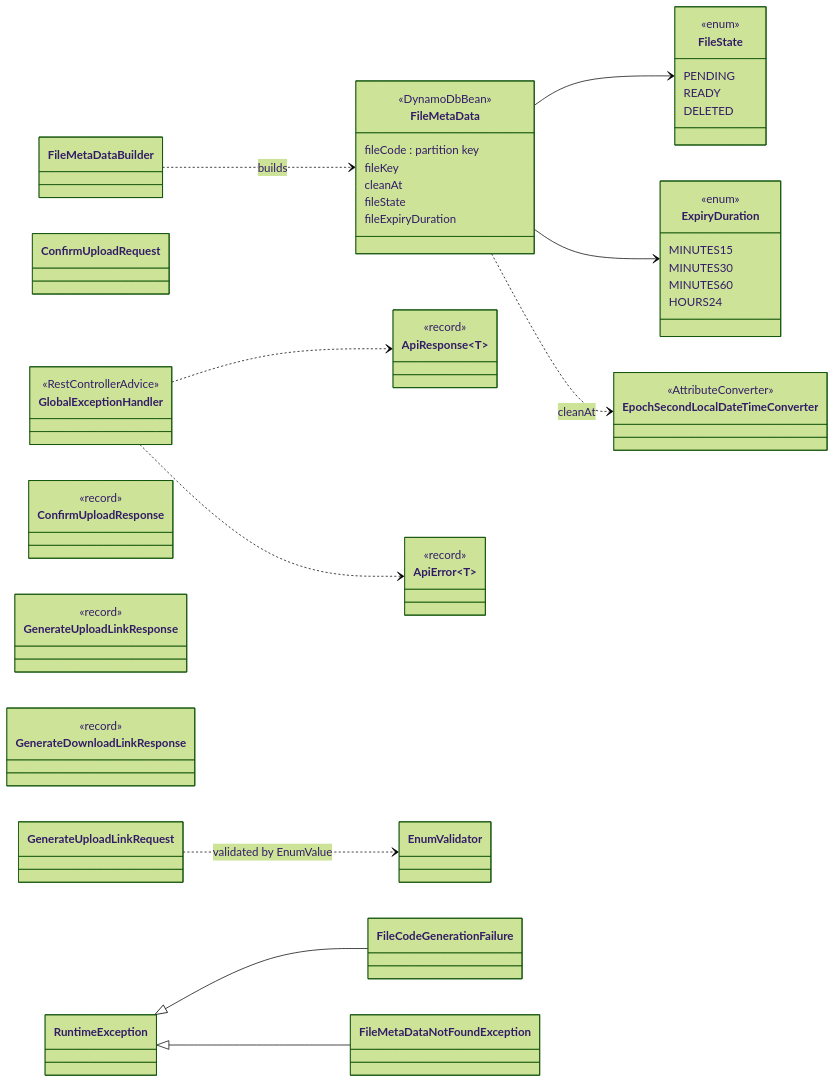
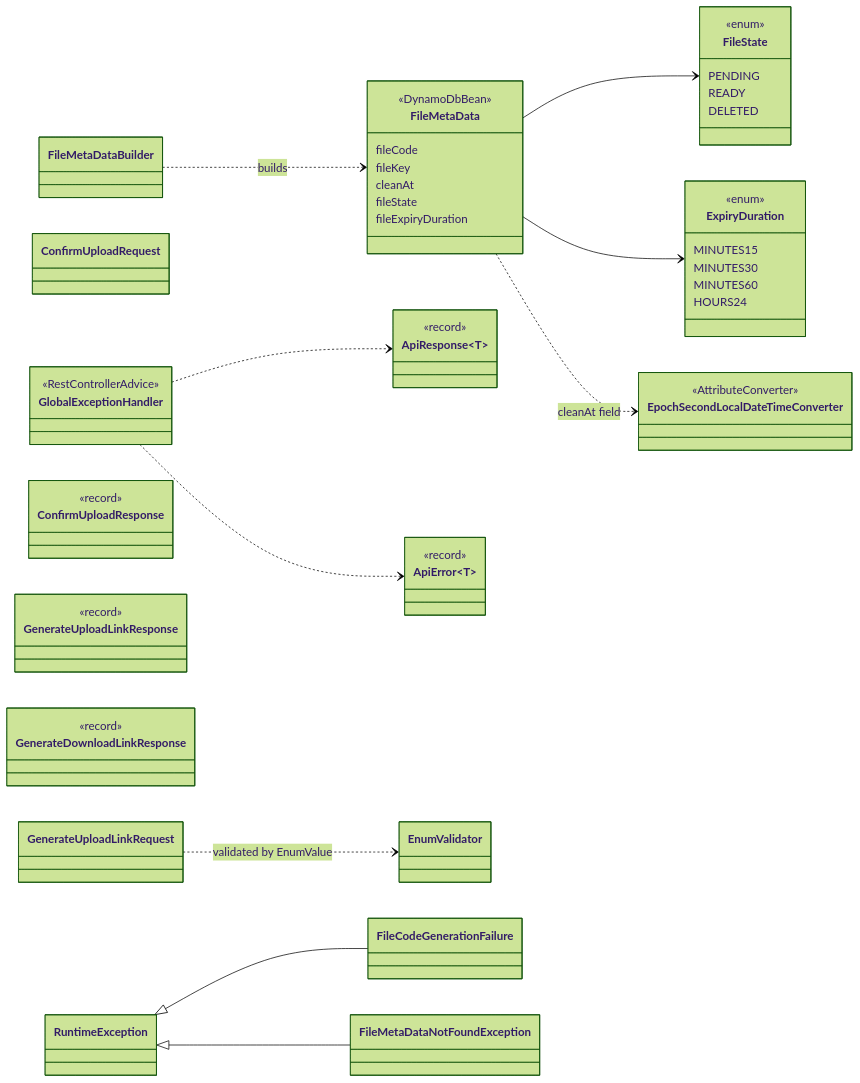
Before and after one commit to Dhiren9939/Mint: the third of 3 diagrams in docs/CLASSES.md, drawn with Mermaid (forest theme). The commit also changed other lines of this file, not shown here.

Commit message:
docs: try to render mermaid diagrams

````diff
--- a/docs/CLASSES.md
+++ b/docs/CLASSES.md
@@ -92,66 +91,66 @@
 ```mermaid
 classDiagram
     direction LR
 
     class FileMetaData {
         <<DynamoDbBean>>
-        fileCode : partition key
+        fileCode
         fileKey
         cleanAt
         fileState
         fileExpiryDuration
     }
     class FileState {
         <<enum>>
         PENDING
         READY
         DELETED
     }
     class ExpiryDuration {
         <<enum>>
         MINUTES15
         MINUTES30
         MINUTES60
         HOURS24
     }
     class EpochSecondLocalDateTimeConverter {
         <<AttributeConverter>>
     }
     class FileMetaDataBuilder
 
     FileMetaData --> FileState
     FileMetaData --> ExpiryDuration
-    FileMetaData ..> EpochSecondLocalDateTimeConverter : cleanAt
+    FileMetaData ..> EpochSecondLocalDateTimeConverter : cleanAt field
     FileMetaDataBuilder ..> FileMetaData : builds
 
     class ConfirmUploadRequest
     class GenerateUploadLinkRequest
     class ConfirmUploadResponse {
         <<record>>
     }
     class GenerateUploadLinkResponse {
         <<record>>
     }
     class GenerateDownloadLinkResponse {
         <<record>>
     }
     class ApiResponse~T~ {
         <<record>>
     }
     class ApiError~T~ {
         <<record>>
     }
     class EnumValidator
     GenerateUploadLinkRequest ..> EnumValidator : validated by EnumValue
 
     class RuntimeException
     class FileCodeGenerationFailure
     class FileMetaDataNotFoundException
     class GlobalExceptionHandler {
         <<RestControllerAdvice>>
     }
     RuntimeException <|-- FileCodeGenerationFailure
     RuntimeException <|-- FileMetaDataNotFoundException
     GlobalExceptionHandler ..> ApiResponse
     GlobalExceptionHandler ..> ApiError
 ```
````
